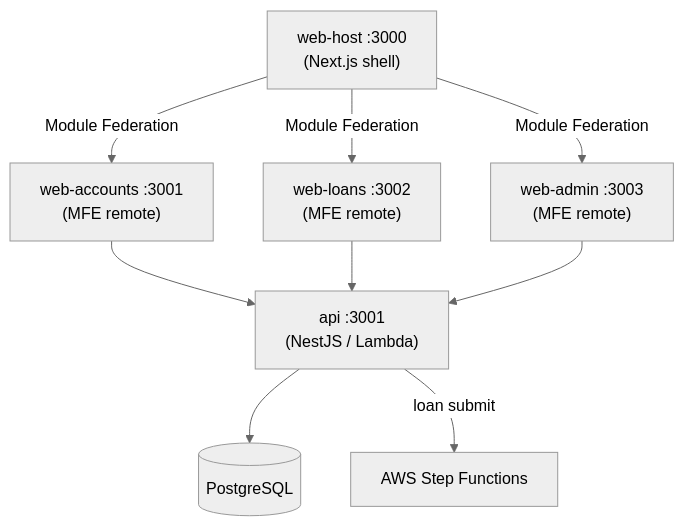
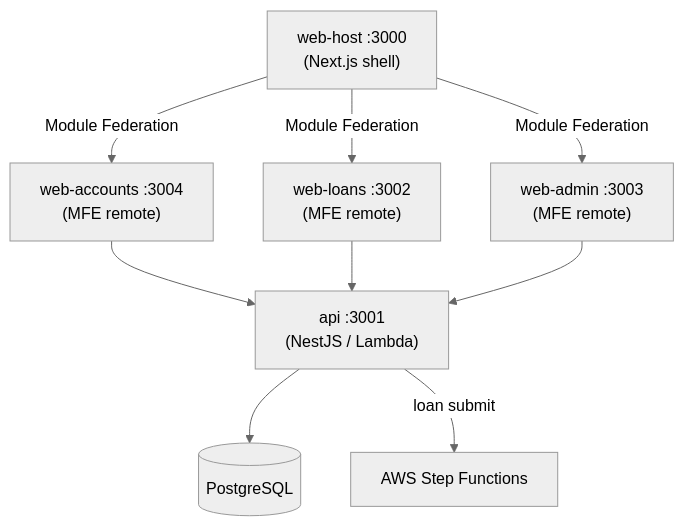
One commit to nmcgi/ally-demo changed the diagram in README.md. Above: the diagram before and after it, drawn with Mermaid (neutral theme). The commit also changed other lines of this file and 44 other files, not shown here.

````diff
--- a/README.md
+++ b/README.md
@@ -7,19 +7,19 @@
 ```mermaid
 graph TD
     Host["web-host :3000\n(Next.js shell)"]
-    Accounts["web-accounts :3001\n(MFE remote)"]
+    Accounts["web-accounts :3004\n(MFE remote)"]
     Loans["web-loans :3002\n(MFE remote)"]
     Admin["web-admin :3003\n(MFE remote)"]
     API["api :3001\n(NestJS / Lambda)"]
     DB[(PostgreSQL)]
     SF[AWS Step Functions]
 
     Host -->|Module Federation| Accounts
     Host -->|Module Federation| Loans
     Host -->|Module Federation| Admin
     Accounts --> API
     Loans --> API
     Admin --> API
     API --> DB
     API -->|loan submit| SF
 ```
````
